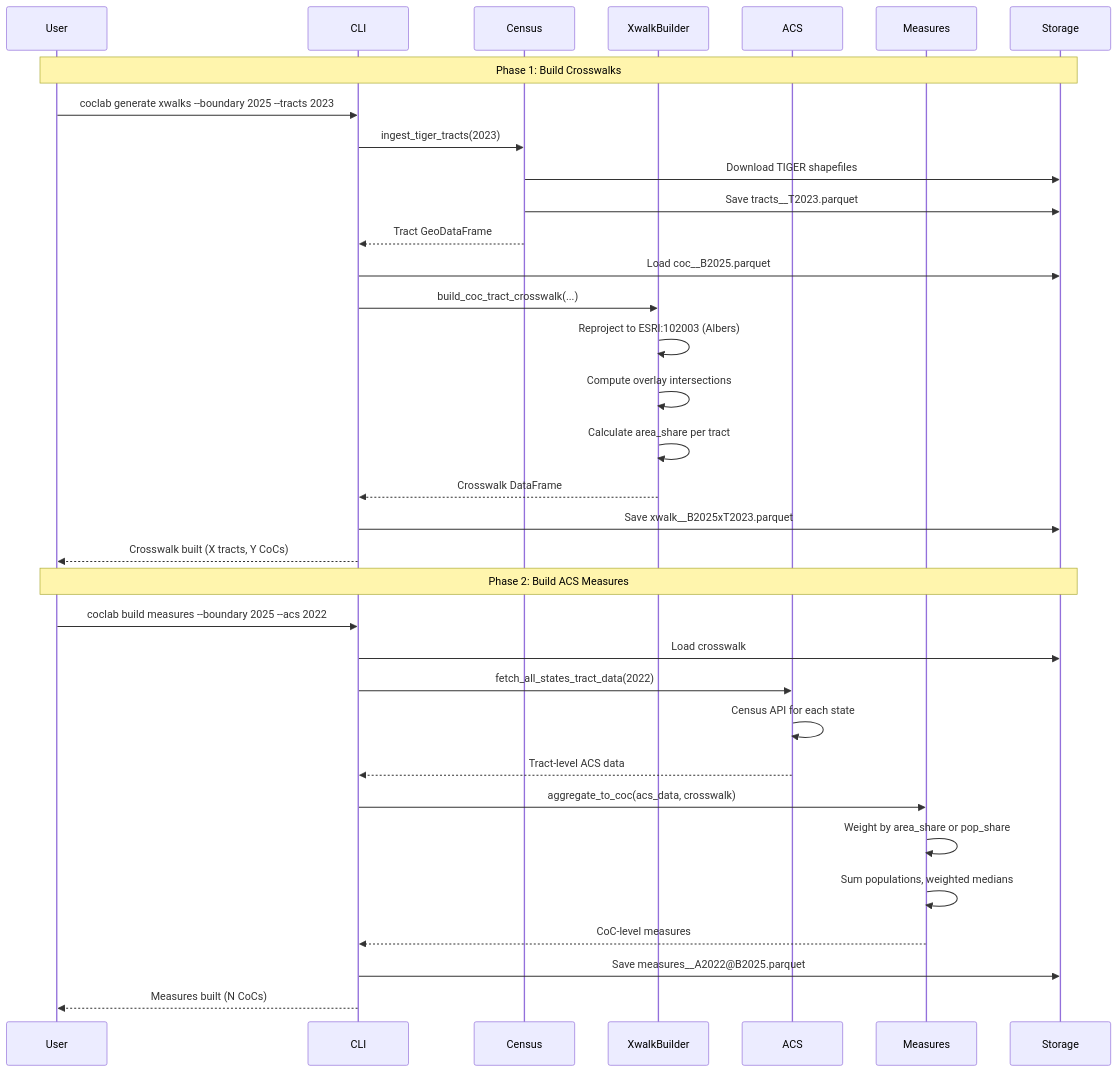
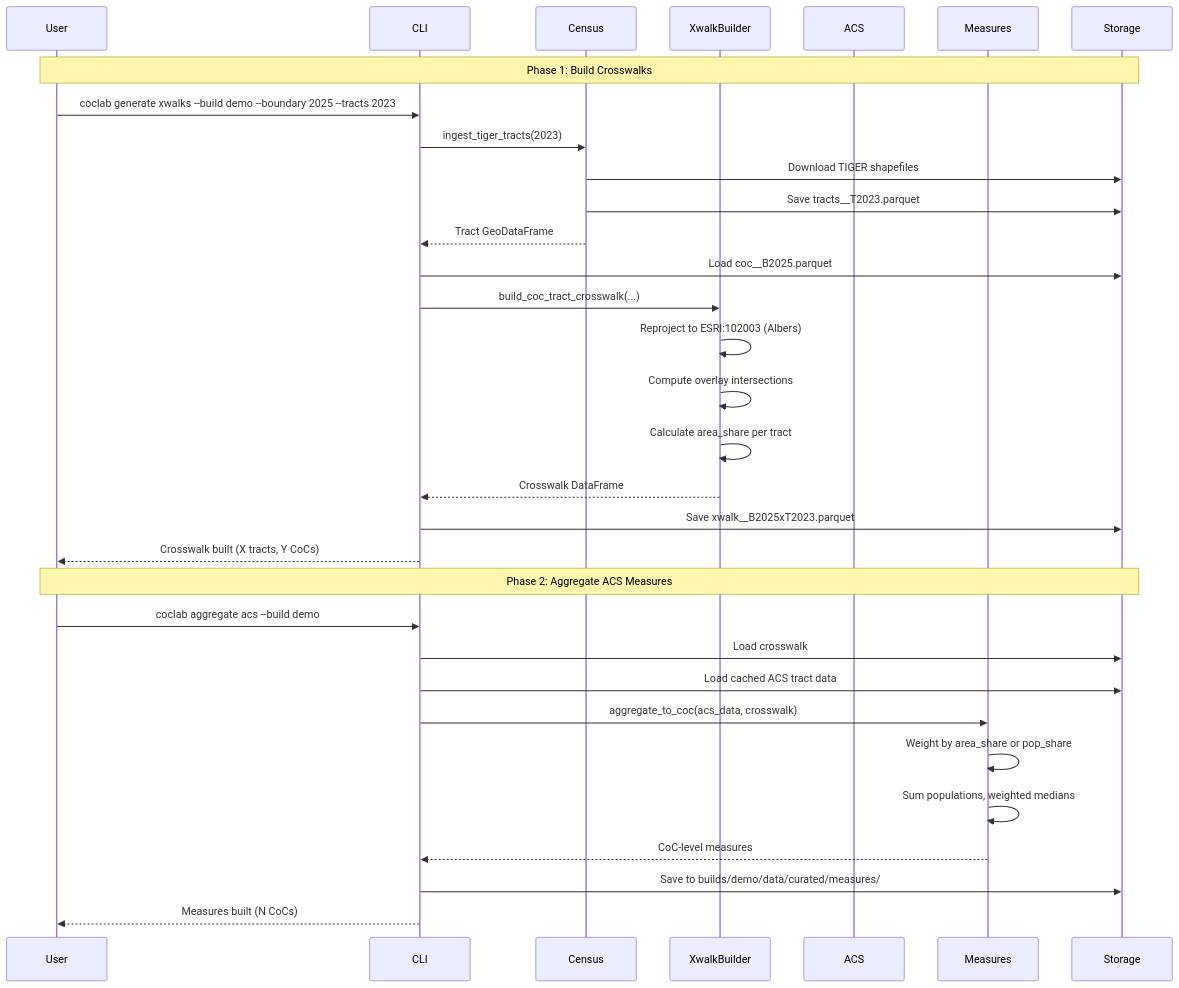
The fourth of 4 diagrams in manual-obsidian/08-Workflows.md (mlmcconnell1/HHP-Lab), drawn with Mermaid before and after one commit. The commit also changed other lines of this file and 1 other file, not shown here.

First line of the commit message:
docs: sync CLI reference and workflows with current command surface

````diff
--- a/manual-obsidian/08-Workflows.md
+++ b/manual-obsidian/08-Workflows.md
@@ -77,38 +77,36 @@
 ```mermaid
 sequenceDiagram
     participant User
     participant CLI
     participant Census
     participant XwalkBuilder
     participant ACS
     participant Measures
     participant Storage
 
     Note over User,Storage: Phase 1: Build Crosswalks
-    User->>CLI: coclab generate xwalks --boundary 2025 --tracts 2023
+    User->>CLI: coclab generate xwalks --build demo --boundary 2025 --tracts 2023
     CLI->>Census: ingest_tiger_tracts(2023)
     Census->>Storage: Download TIGER shapefiles
     Census->>Storage: Save tracts__T2023.parquet
     Census-->>CLI: Tract GeoDataFrame
     CLI->>Storage: Load coc__B2025.parquet
     CLI->>XwalkBuilder: build_coc_tract_crosswalk(...)
     XwalkBuilder->>XwalkBuilder: Reproject to ESRI:102003 (Albers)
     XwalkBuilder->>XwalkBuilder: Compute overlay intersections
     XwalkBuilder->>XwalkBuilder: Calculate area_share per tract
     XwalkBuilder-->>CLI: Crosswalk DataFrame
     CLI->>Storage: Save xwalk__B2025xT2023.parquet
     CLI-->>User: Crosswalk built (X tracts, Y CoCs)
 
-    Note over User,Storage: Phase 2: Build ACS Measures
-    User->>CLI: coclab build measures --boundary 2025 --acs 2022
+    Note over User,Storage: Phase 2: Aggregate ACS Measures
+    User->>CLI: coclab aggregate acs --build demo
     CLI->>Storage: Load crosswalk
-    CLI->>ACS: fetch_all_states_tract_data(2022)
-    ACS->>ACS: Census API for each state
-    ACS-->>CLI: Tract-level ACS data
+    CLI->>Storage: Load cached ACS tract data
     CLI->>Measures: aggregate_to_coc(acs_data, crosswalk)
     Measures->>Measures: Weight by area_share or pop_share
     Measures->>Measures: Sum populations, weighted medians
     Measures-->>CLI: CoC-level measures
-    CLI->>Storage: Save measures__A2022@B2025.parquet
+    CLI->>Storage: Save to builds/demo/data/curated/measures/
     CLI-->>User: Measures built (N CoCs)
 ```
````
